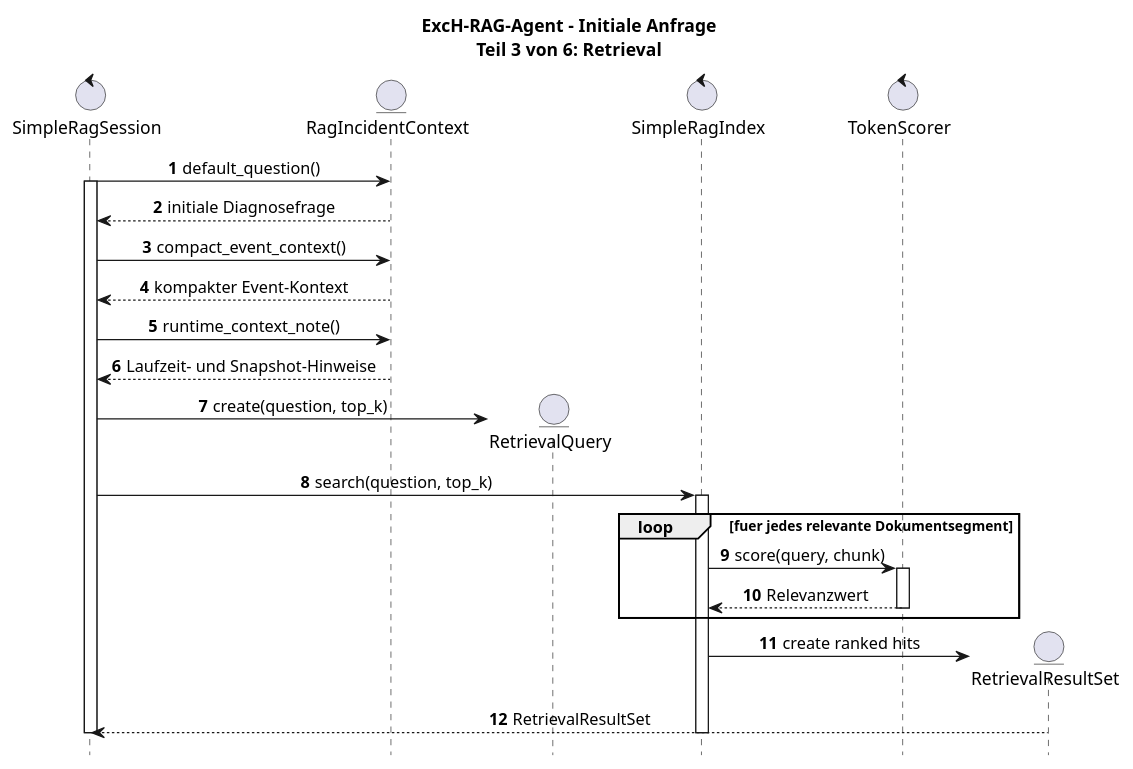
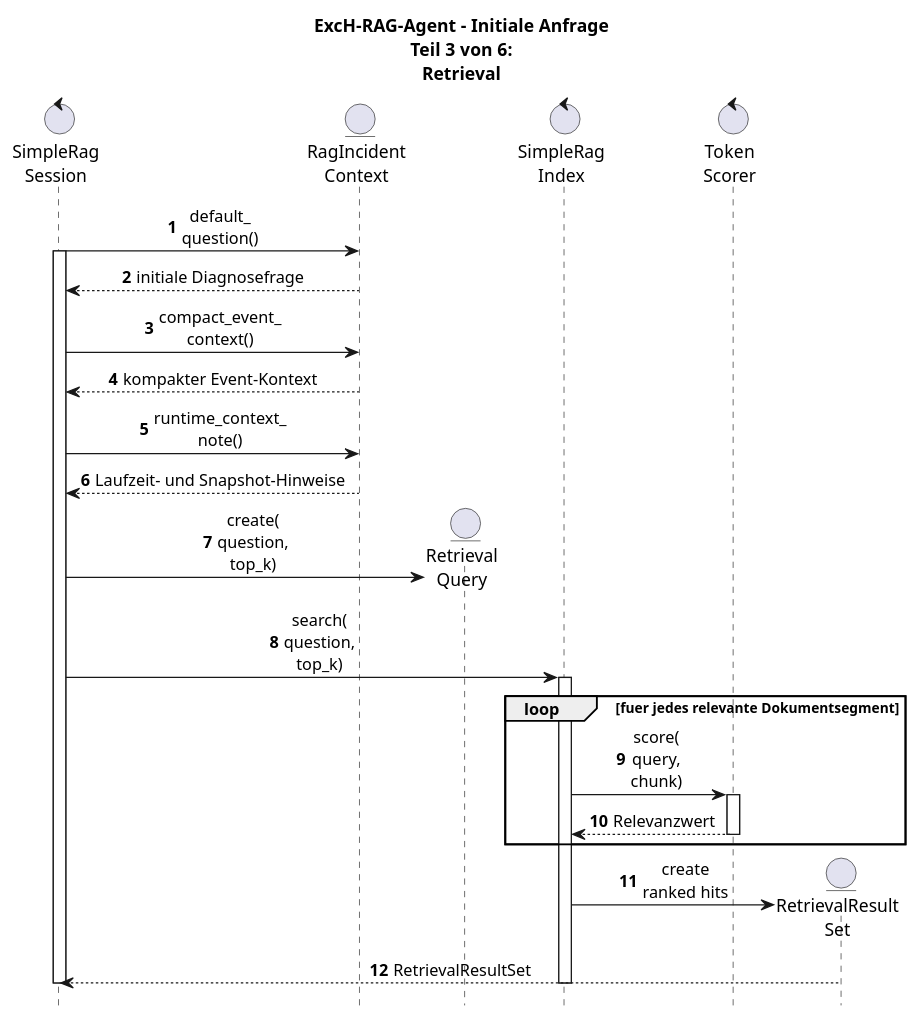
One commit to verkal1999/Agent_Test changed the diagram in UML-Diagrams/ExcH-RAG-Agent/Komponenten_ExcH-RAG-Agent/07c_seq_retrieval.plantuml. Above: the diagram before and after it, drawn with PlantUML. The commit also changed 38 other files, not shown here.

Commit message:
UML-Diagramme svgs erneuert

```diff
--- a/UML-Diagrams/ExcH-RAG-Agent/Komponenten_ExcH-RAG-Agent/07c_seq_retrieval.plantuml
+++ b/UML-Diagrams/ExcH-RAG-Agent/Komponenten_ExcH-RAG-Agent/07c_seq_retrieval.plantuml
@@ -1,46 +1,46 @@
 @startuml
 
 skinparam shadowing false
 skinparam responseMessageBelowArrow true
 skinparam sequenceMessageAlign center
 hide footbox
 autonumber
 
-title ExcH-RAG-Agent - Initiale Anfrage\nTeil 3 von 6: Retrieval
+title ExcH-RAG-Agent - Initiale Anfrage\nTeil 3 von 6:\nRetrieval
 
-control "SimpleRagSession" as Session
-entity "RagIncidentContext" as Ctx
-entity "RetrievalQuery" as Query
-control "SimpleRagIndex" as Index
-control "TokenScorer" as Scorer
-entity "RetrievalResultSet" as ResultSet
+control "SimpleRag\nSession" as Session
+entity "RagIncident\nContext" as Ctx
+entity "Retrieval\nQuery" as Query
+control "SimpleRag\nIndex" as Index
+control "Token\nScorer" as Scorer
+entity "RetrievalResult\nSet" as ResultSet
 
-Session -> Ctx : default_question()
+Session -> Ctx : default_\nquestion()
 activate Session
 Ctx --> Session : initiale Diagnosefrage
 
-Session -> Ctx : compact_event_context()
+Session -> Ctx : compact_event_\ncontext()
 Ctx --> Session : kompakter Event-Kontext
 
-Session -> Ctx : runtime_context_note()
+Session -> Ctx : runtime_context_\nnote()
 Ctx --> Session : Laufzeit- und Snapshot-Hinweise
 
 create Query
-Session -> Query : create(question, top_k)
-Session -> Index : search(question, top_k)
+Session -> Query : create(\nquestion,\ntop_k)
+Session -> Index : search(\nquestion,\ntop_k)
 activate Index
 
 loop fuer jedes relevante Dokumentsegment
-  Index -> Scorer : score(query, chunk)
+  Index -> Scorer : score(\nquery,\nchunk)
   activate Scorer
   Scorer --> Index : Relevanzwert
   deactivate Scorer
 end
 
 create ResultSet
-Index -> ResultSet : create ranked hits
+Index -> ResultSet : create\nranked hits
 ResultSet --> Session : RetrievalResultSet
 deactivate Index
 deactivate Session
 
 @enduml
```
